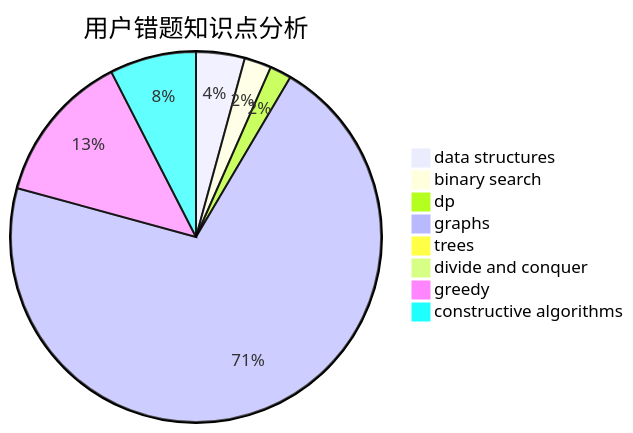
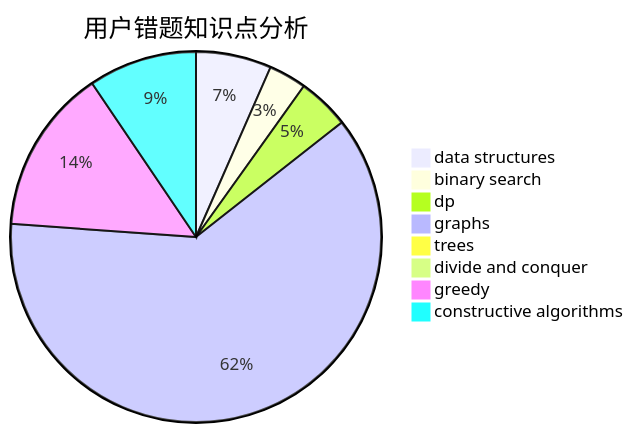
The third of 3 diagrams in docs/user/u1162.md (sherpahu/cfrs.github.io), drawn with Mermaid before and after one commit. The commit also changed other lines of this file and 2770 other files, not shown here.

````diff
--- a/docs/user/u1162.md
+++ b/docs/user/u1162.md
@@ -36,11 +36,11 @@
 ```mermaid
 pie title 用户错题知识点分析
-    "data structures" :  9
-    "binary search" :  5
-    "dp" :  4
+    "data structures" :  16
+    "binary search" :  8
+    "dp" :  11
     "graphs" :  150
     "trees" :  0
     "divide and conquer" :  0
-    "greedy" :  28
-    "constructive algorithms" :  16
+    "greedy" :  35
+    "constructive algorithms" :  23
 ```
````
